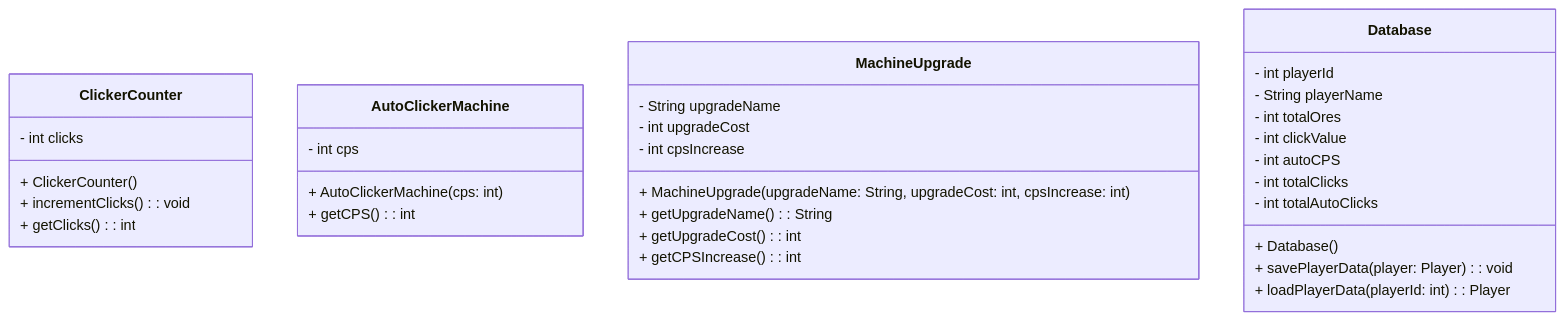
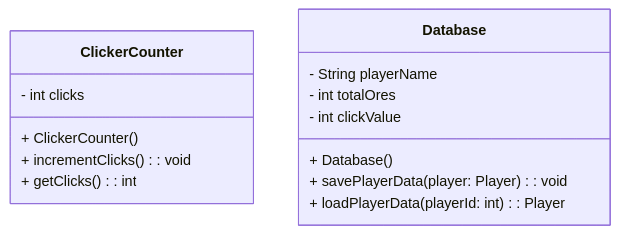
Before and after one commit to KAYRAHxWOLF/MasterMinerV1: the second of 2 diagrams in README.md, drawn with Mermaid. The commit also changed other lines of this file, not shown here.

````diff
--- a/README.md
+++ b/README.md
@@ -102,35 +71,17 @@
 ```mermaid
 classDiagram
     class ClickerCounter {
         - int clicks
         + ClickerCounter()
         + incrementClicks(): void
         + getClicks(): int
     }
-    class AutoClickerMachine {
-        - int cps
-        + AutoClickerMachine(cps: int)
-        + getCPS(): int
-    }
-    class MachineUpgrade {
-        - String upgradeName
-        - int upgradeCost
-        - int cpsIncrease
-        + MachineUpgrade(upgradeName: String, upgradeCost: int, cpsIncrease: int)
-        + getUpgradeName(): String
-        + getUpgradeCost(): int
-        + getCPSIncrease(): int
-    }
     class Database {
-        - int playerId
         - String playerName
         - int totalOres
         - int clickValue
-        - int autoCPS
-        - int totalClicks
-        - int totalAutoClicks
         + Database()
         + savePlayerData(player: Player): void
         + loadPlayerData(playerId: int): Player
     }
 ```
````
